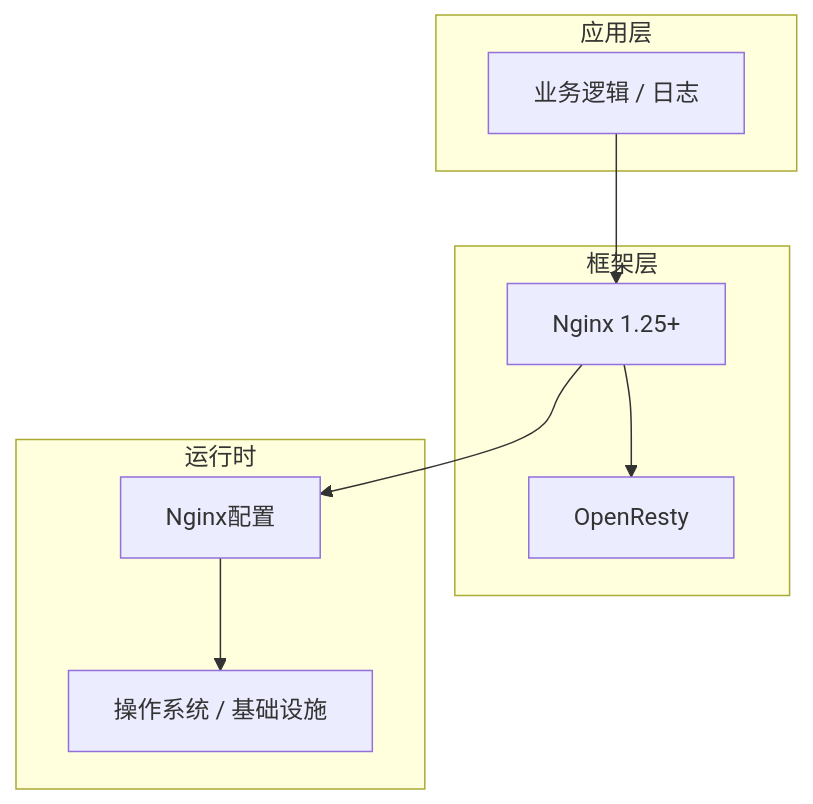
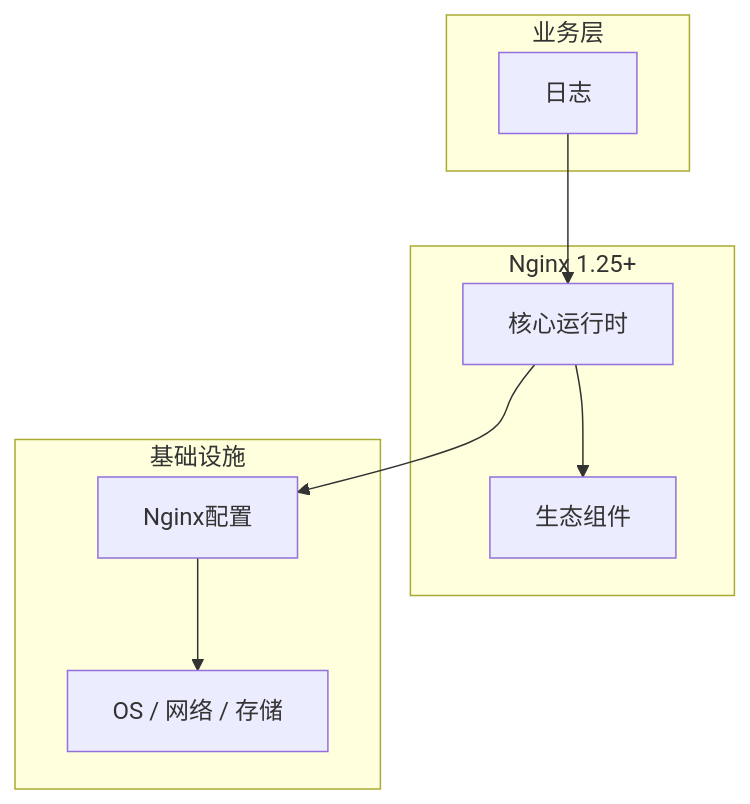
The diagram in articles/Nginx/chapters/066-日志核心概念与原理.md (yanggan2015/knowledge-json-v2), drawn with Mermaid before and after one commit. The commit also changed other lines of this file and 10127 other files, not shown here.

````diff
--- a/articles/Nginx/chapters/066-日志核心概念与原理.md
+++ b/articles/Nginx/chapters/066-日志核心概念与原理.md
@@ -45,18 +34,18 @@
 ```mermaid
 graph TB
-    subgraph 应用层
-        A[业务逻辑 / 日志]
+    subgraph 业务层
+        A[日志]
     end
-    subgraph 框架层
-        B[Nginx 1.25+]
-        C[OpenResty]
+    subgraph Nginx 1.25+
+        B[核心运行时]
+        C[生态组件]
     end
-    subgraph 运行时
+    subgraph 基础设施
         D[Nginx配置]
-        E[操作系统 / 基础设施]
+        E[OS / 网络 / 存储]
     end
     A --> B
     B --> C
     B --> D
     D --> E
 ```
````
